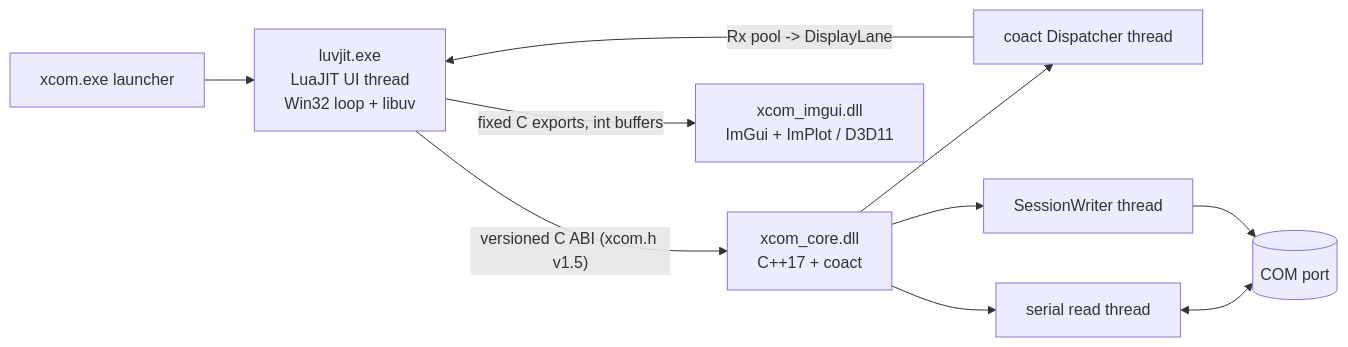
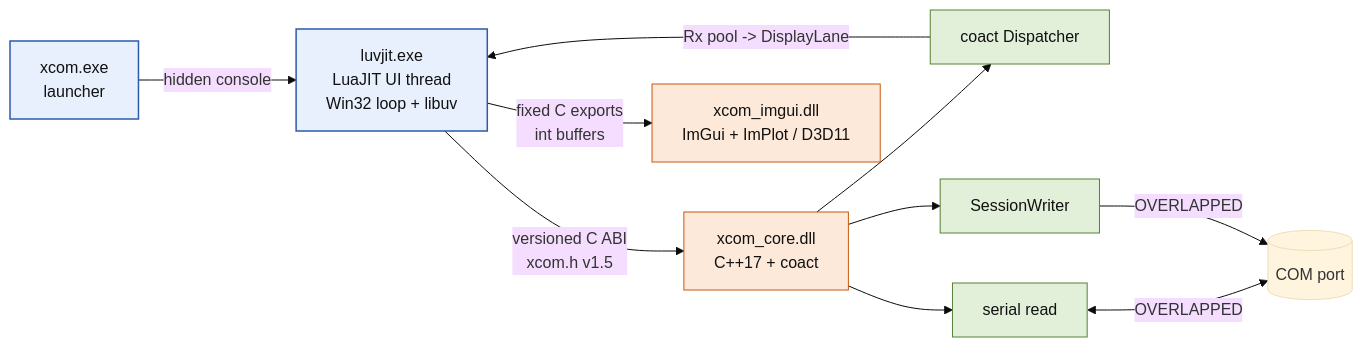
The first of 2 diagrams in README.md (DeguiLiu/xcom_lua), drawn with Mermaid before and after one commit. The commit also changed other lines of this file and 19 other files, not shown here.

````diff
--- a/README.md
+++ b/README.md
@@ -11,12 +11,17 @@
 ```mermaid
+%%{init: {'theme':'base','themeVariables':{'fontFamily':'monospace'}}}%%
 flowchart LR
-  EXE["xcom.exe launcher"] --> LJ["luvjit.exe<br/>LuaJIT UI thread<br/>Win32 loop + libuv"]
-  LJ -->|"versioned C ABI (xcom.h v1.5)"| CORE["xcom_core.dll<br/>C++17 + coact"]
-  LJ -->|"fixed C exports, int buffers"| IMG["xcom_imgui.dll<br/>ImGui + ImPlot / D3D11"]
-  CORE --> D["coact Dispatcher thread"]
-  CORE --> W["SessionWriter thread"]
-  CORE --> R["serial read thread"]
-  R <--> COM[("COM port")]
-  W --> COM
+  classDef proc fill:#E8F0FE,stroke:#2E5AAC,color:#111,stroke-width:1.5px
+  classDef dll fill:#FDE9D9,stroke:#C55A11,color:#111
+  classDef th fill:#E2F0D9,stroke:#548235,color:#111
+
+  EXE["xcom.exe<br/>launcher"]:::proc -->|"hidden console"| LJ["luvjit.exe<br/>LuaJIT UI thread<br/>Win32 loop + libuv"]:::proc
+  LJ -->|"versioned C ABI<br/>xcom.h v1.5"| CORE["xcom_core.dll<br/>C++17 + coact"]:::dll
+  LJ -->|"fixed C exports<br/>int buffers"| IMG["xcom_imgui.dll<br/>ImGui + ImPlot / D3D11"]:::dll
+  CORE --> D["coact Dispatcher"]:::th
+  CORE --> W["SessionWriter"]:::th
+  CORE --> R["serial read"]:::th
+  R <-->|"OVERLAPPED"| COM[("COM port")]
+  W -->|"OVERLAPPED"| COM
   D -->|"Rx pool -> DisplayLane"| LJ
 ```
````
